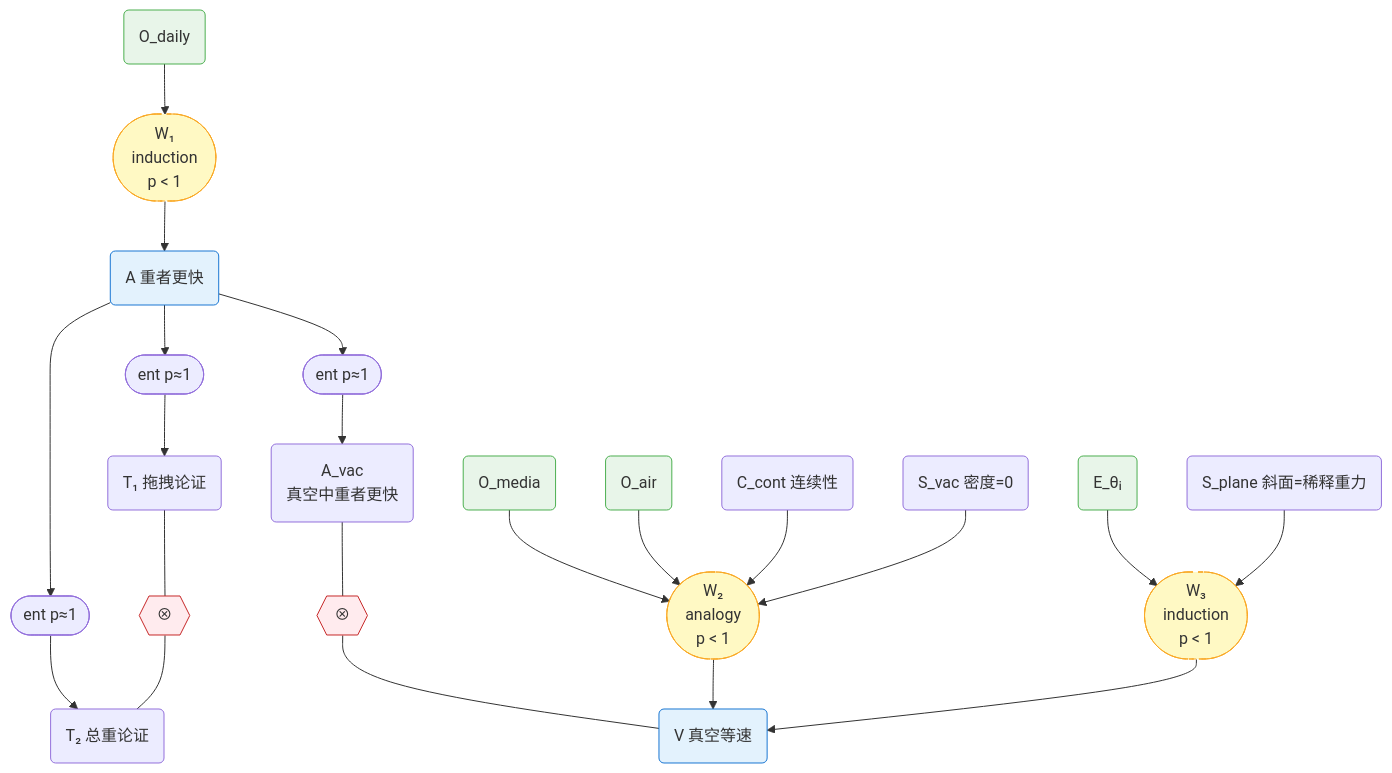
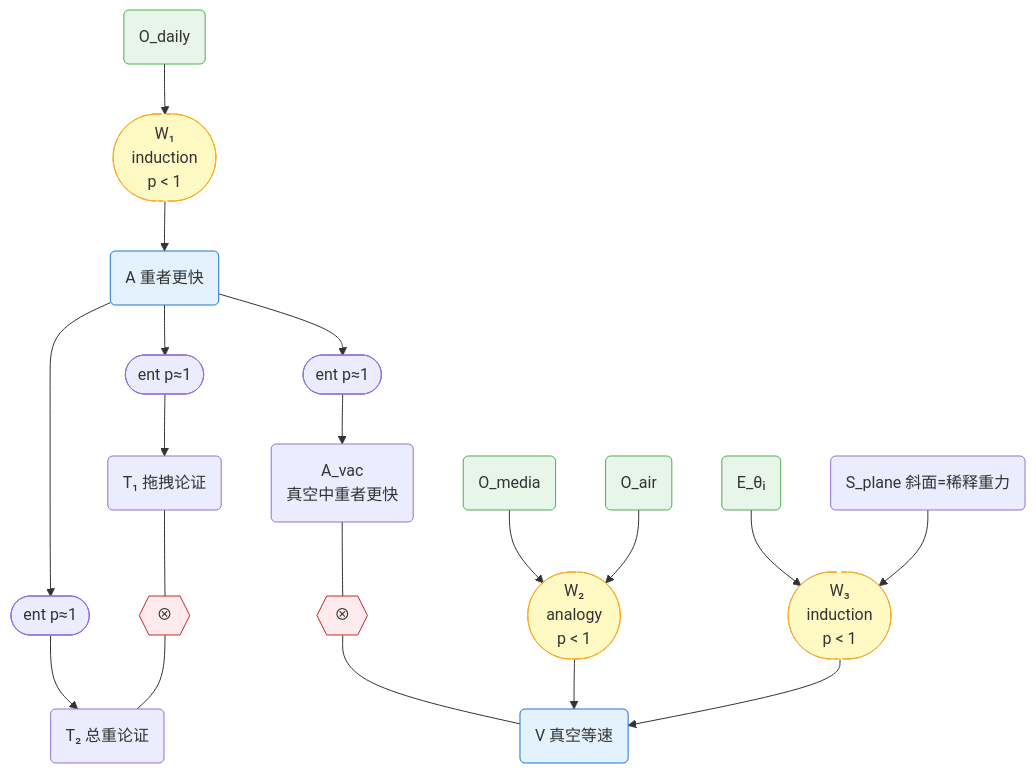
Before and after one commit to SiliconEinstein/Gaia: the fourth of 11 diagrams in docs/foundations/theory/science-formalization.md, drawn with Mermaid. The commit also changed other lines of this file, not shown here.

First line of the commit message:
docs: remove C_cont and S_vac from coarse W₂ factor inputs

````diff
--- a/docs/foundations/theory/science-formalization.md
+++ b/docs/foundations/theory/science-formalization.md
@@ -230,27 +230,25 @@
 ```mermaid
 graph TD
     %% Conclusion A
     Odaily("O_daily"):::obs --> w1(["W₁<br/>induction<br/>p < 1"]):::weak --> A("A 重者更快"):::concl
     A --> fA1(["ent p≈1"]) --> T1("T₁ 拖拽论证")
     A --> fA2(["ent p≈1"]) --> T2("T₂ 总重论证")
     T1 --- contra1{{"⊗"}}:::contra --- T2
     A --> fAvac(["ent p≈1"]) --> Avac("A_vac<br/>真空中重者更快")
     Avac --- contra2{{"⊗"}}:::contra --- V
 
     %% Conclusion V — analogy path
     Omedia("O_media"):::obs --> w2(["W₂<br/>analogy<br/>p < 1"]):::weak
     Oair("O_air"):::obs --> w2
-    Ccont("C_cont 连续性") --> w2
-    Svac("S_vac 密度=0") --> w2
     w2 --> V("V 真空等速"):::concl
 
     %% Conclusion V — experiment path
     Etheta("E_θᵢ"):::obs --> w3(["W₃<br/>induction<br/>p < 1"]):::weak
     Splane("S_plane 斜面=稀释重力") --> w3
     w3 --> V
 
     classDef obs fill:#e8f5e9,stroke:#4caf50
     classDef concl fill:#e3f2fd,stroke:#1976d2
     classDef contra fill:#ffebee,stroke:#c62828
     classDef weak fill:#fff9c4,stroke:#f9a825,stroke-dasharray: 5 5
 ```
````
